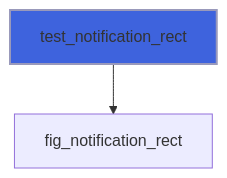
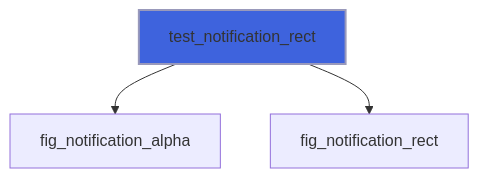
Before and after one commit to szaghi/figure: the eighth of 28 diagrams in docs/api/src/lib/figure_testing.md, drawn with Mermaid. The commit also changed other lines of this file and 10 other files, not shown here.

````diff
--- a/docs/api/src/lib/figure_testing.md
+++ b/docs/api/src/lib/figure_testing.md
@@ -264,5 +267,6 @@
 ```mermaid
 flowchart TD
+  test_notification_rect["test_notification_rect"] --> fig_notification_alpha["fig_notification_alpha"]
   test_notification_rect["test_notification_rect"] --> fig_notification_rect["fig_notification_rect"]
   style test_notification_rect fill:#3e63dd,stroke:#99b,stroke-width:2px
 ```
````
